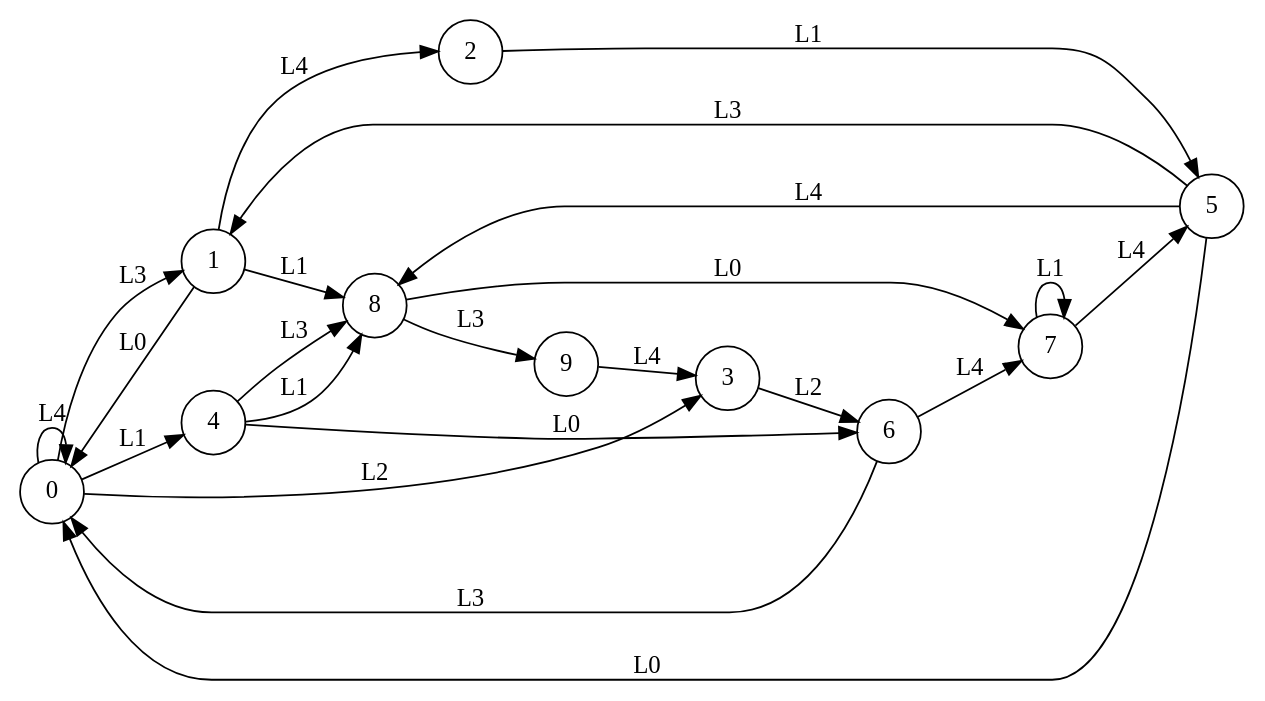
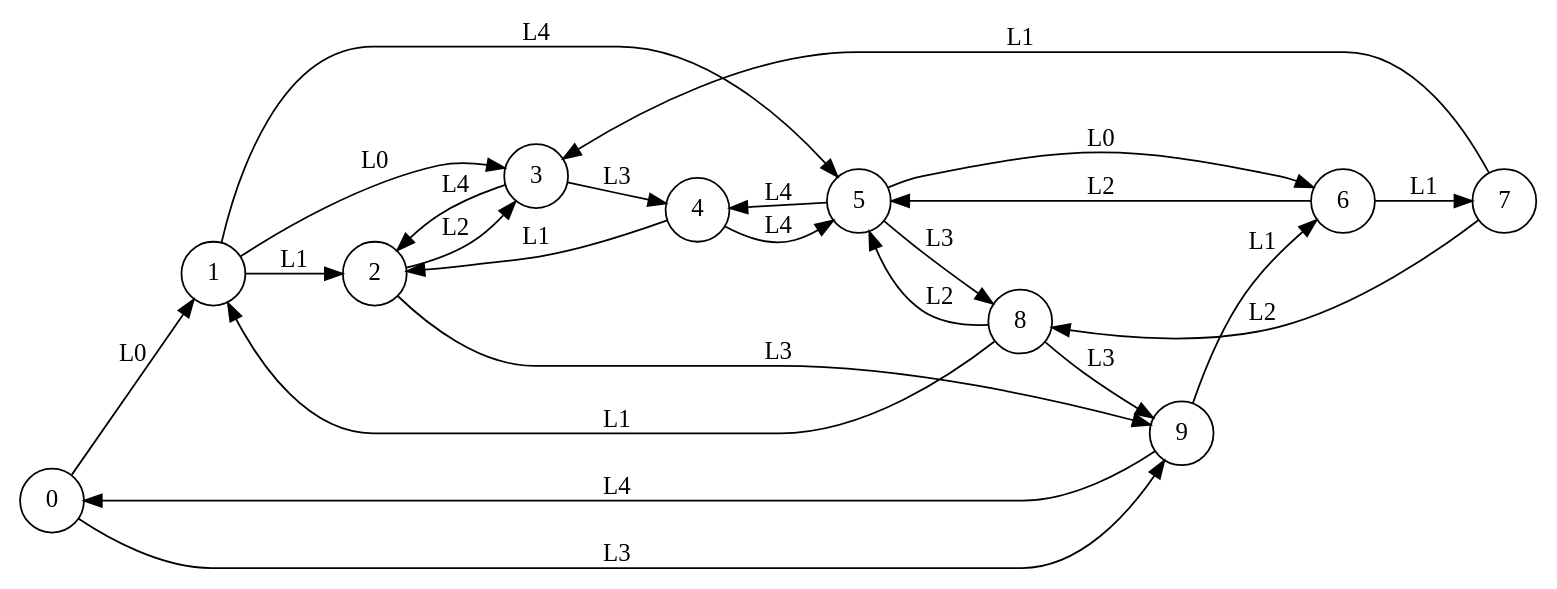
One commit to k85-ai/KB1 changed the diagram in automata/automaton_10_2_5_7.dot. Above: the diagram before and after it, drawn with Graphviz. The commit also changed 441 other files, not shown here.

```diff
--- a/automata/automaton_10_2_5_7.dot
+++ b/automata/automaton_10_2_5_7.dot
@@ -1,35 +1,36 @@
 digraph dotMachine {
   rankdir=LR;
   0 [shape=circle, label="0"];
   1 [shape=circle, label="1"];
   2 [shape=circle, label="2"];
   3 [shape=circle, label="3"];
   4 [shape=circle, label="4"];
   5 [shape=circle, label="5"];
   6 [shape=circle, label="6"];
   7 [shape=circle, label="7"];
   8 [shape=circle, label="8"];
   9 [shape=circle, label="9"];
-  0 -> 1 [label="L3"];
-  1 -> 2 [label="L4"];
-  0 -> 3 [label="L2"];
-  0 -> 4 [label="L1"];
-  2 -> 5 [label="L1"];
-  4 -> 6 [label="L0"];
-  6 -> 7 [label="L4"];
-  5 -> 8 [label="L4"];
+  0 -> 1 [label="L0"];
+  1 -> 2 [label="L1"];
+  2 -> 3 [label="L2"];
+  3 -> 4 [label="L3"];
+  4 -> 5 [label="L4"];
+  5 -> 6 [label="L0"];
+  6 -> 7 [label="L1"];
+  7 -> 8 [label="L2"];
   8 -> 9 [label="L3"];
-  4 -> 8 [label="L3"];
-  1 -> 8 [label="L1"];
-  3 -> 6 [label="L2"];
-  5 -> 1 [label="L3"];
-  5 -> 0 [label="L0"];
-  8 -> 7 [label="L0"];
-  7 -> 5 [label="L4"];
-  6 -> 0 [label="L3"];
-  0 -> 0 [label="L4"];
-  1 -> 0 [label="L0"];
-  4 -> 8 [label="L1"];
-  7 -> 7 [label="L1"];
-  9 -> 3 [label="L4"];
+  9 -> 0 [label="L4"];
+  4 -> 2 [label="L1"];
+  5 -> 4 [label="L4"];
+  7 -> 3 [label="L1"];
+  8 -> 1 [label="L1"];
+  1 -> 3 [label="L0"];
+  0 -> 9 [label="L3"];
+  5 -> 8 [label="L3"];
+  8 -> 5 [label="L2"];
+  1 -> 5 [label="L4"];
+  2 -> 9 [label="L3"];
+  3 -> 2 [label="L4"];
+  6 -> 5 [label="L2"];
+  9 -> 6 [label="L1"];
 }
```
